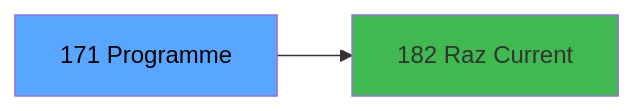
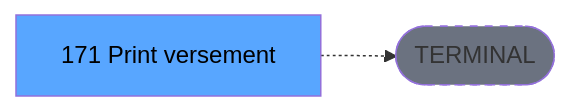
Before and after one commit to thonyAGP/lecteur-magic: the third of 3 diagrams in .openspec/specs/ADH-IDE-171.md, drawn with Mermaid. The commit also changed other lines of this file and 701 other files, not shown here.

````diff
--- a/.openspec/specs/ADH-IDE-171.md
+++ b/.openspec/specs/ADH-IDE-171.md
@@ -155,8 +137,8 @@
 ```mermaid
 graph LR
-    T[171 Programme]
-    C182[182 Raz Current ]
-    T --> C182
+    T[171 Print versement]
+    TERM([TERMINAL])
+    T -.-> TERM
+    style TERM fill:#6b7280,stroke-dasharray: 5 5
     style T fill:#58a6ff,color:#000
-    style C182 fill:#3fb950
 ```
````
